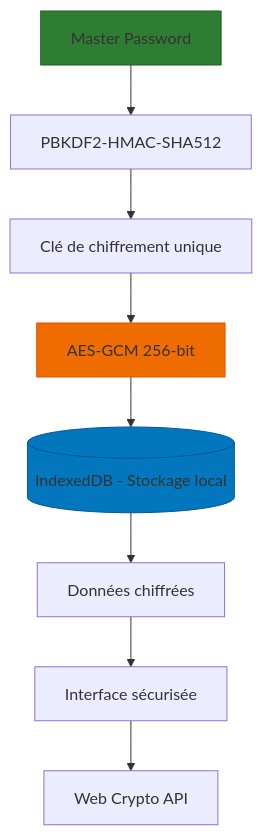
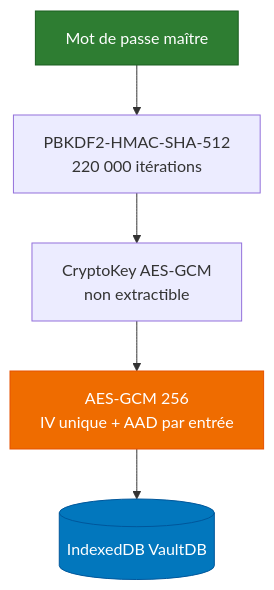
One commit to Giscolab/CryptoKeep changed the diagram in README.md. Above: the diagram before and after it, drawn with Mermaid. The commit also changed other lines of this file and 43 other files, not shown here.

````diff
--- a/README.md
+++ b/README.md
@@ -18,13 +99,10 @@
 ```mermaid
 graph TD
-  A[Master Password] --> B[PBKDF2-HMAC-SHA512]
-  B --> C[Clé de chiffrement unique]
-  C --> D[AES-GCM 256-bit]
-  D --> E[(IndexedDB - Stockage local)]
-  E --> F[Données chiffrées]
-  F --> G[Interface sécurisée]
-  G --> H[Web Crypto API]
-  style A fill:#2E7D32,stroke:#1B5E20
-  style D fill:#EF6C00,stroke:#E65100
-  style E fill:#0277BD,stroke:#01579B
+  A[Mot de passe maître] --> B[PBKDF2-HMAC-SHA-512<br/>220 000 itérations]
+  B --> C[CryptoKey AES-GCM<br/>non extractible]
+  C --> D[AES-GCM 256<br/>IV unique + AAD par entrée]
+  D --> E[(IndexedDB VaultDB)]
+  style A fill:#2E7D32,stroke:#1B5E20,color:#fff
+  style D fill:#EF6C00,stroke:#E65100,color:#fff
+  style E fill:#0277BD,stroke:#01579B,color:#fff
 ```
````
